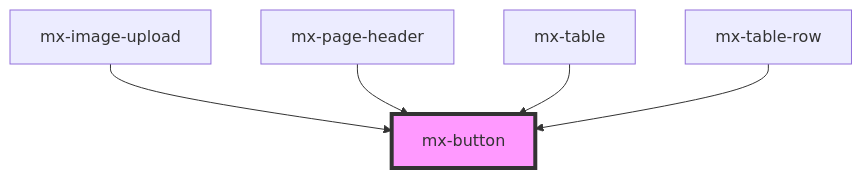
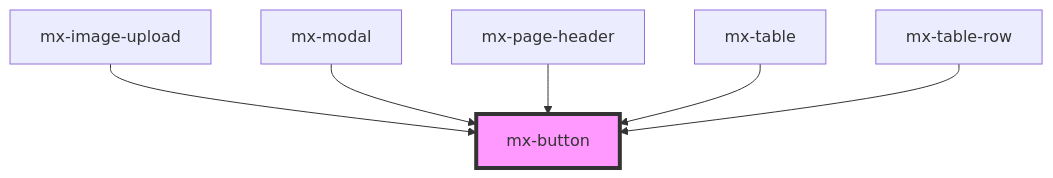
One commit to kevinleedrum/mds changed the diagram in src/components/mx-button/readme.md. Above: the diagram before and after it, drawn with Mermaid. The commit also changed other lines of this file and 489 other files, not shown here.

````diff
--- a/src/components/mx-button/readme.md
+++ b/src/components/mx-button/readme.md
@@ -33,8 +34,9 @@
 ```mermaid
 graph TD;
   mx-image-upload --> mx-button
+  mx-modal --> mx-button
   mx-page-header --> mx-button
   mx-table --> mx-button
   mx-table-row --> mx-button
   style mx-button fill:#f9f,stroke:#333,stroke-width:4px
 ```
````
